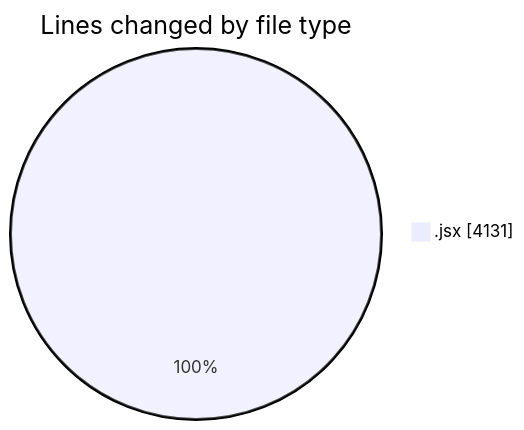
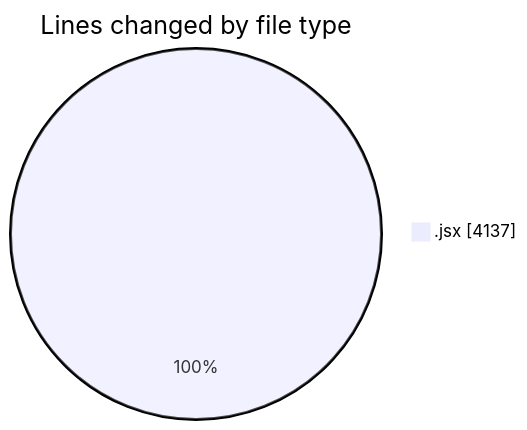
One commit to nxtqubesakshisongat/code-tracking changed the first of 2 diagrams in 2025-07-08/argos/README.md. Above: the diagram before and after it, drawn with Mermaid. The commit also changed other lines of this file and 1 other file, not shown here.

````diff
--- a/2025-07-08/argos/README.md
+++ b/2025-07-08/argos/README.md
@@ -25,5 +25,5 @@
 ```mermaid
 pie showData
 title Lines changed by file type
-".jsx" : 4131
+".jsx" : 4137
 ```
````
